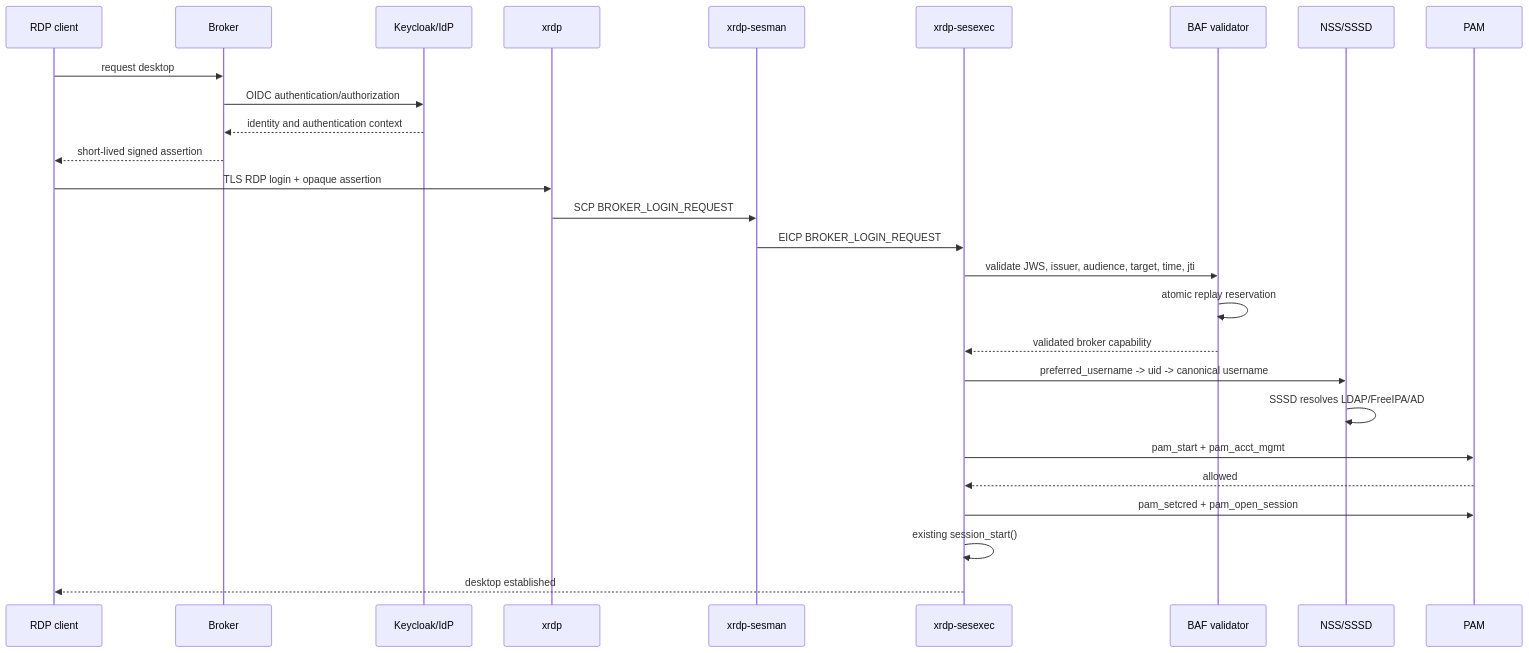
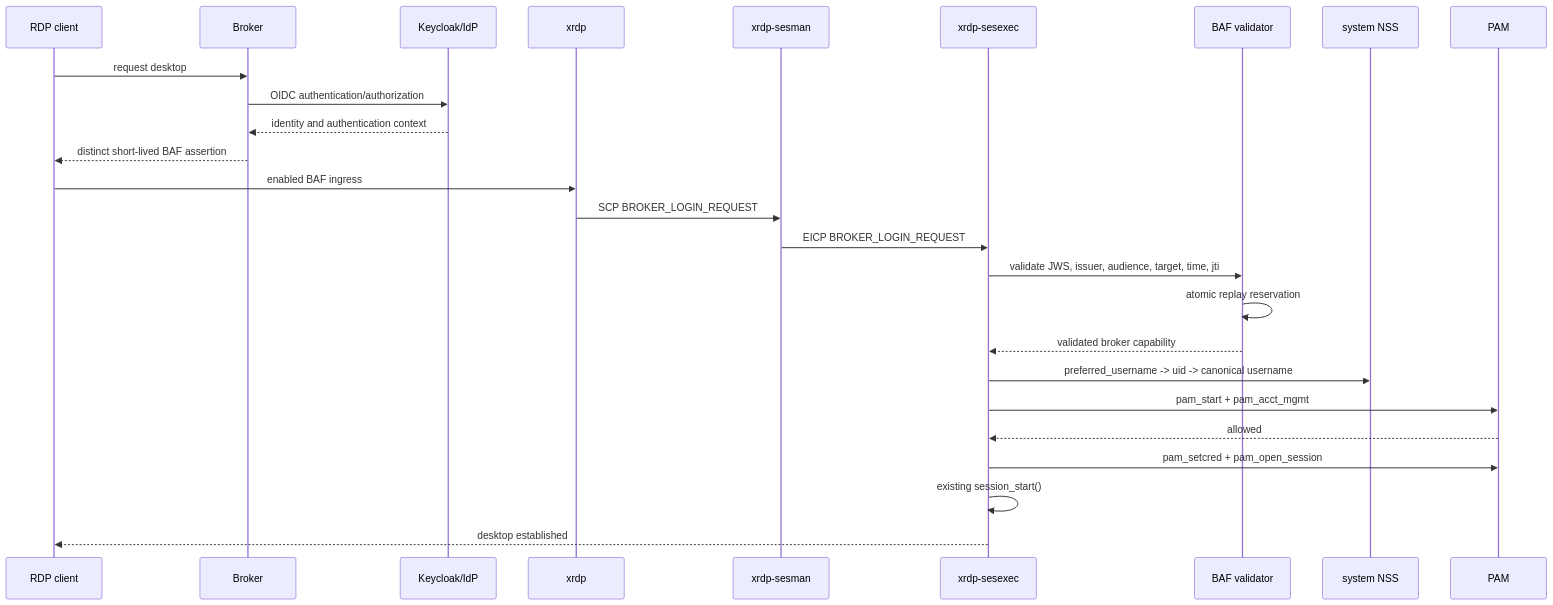
Before and after one commit to risi70/xrdp: the second of 3 diagrams in specification/01-system-architecture.md, drawn with Mermaid. The commit also changed other lines of this file and 63 other files, not shown here.

````diff
--- a/specification/01-system-architecture.md
+++ b/specification/01-system-architecture.md
@@ -102,30 +103,29 @@
 ```mermaid
 sequenceDiagram
   participant C as RDP client
   participant B as Broker
   participant I as Keycloak/IdP
   participant X as xrdp
   participant S as xrdp-sesman
   participant E as xrdp-sesexec
   participant V as BAF validator
-  participant N as NSS/SSSD
+  participant N as system NSS
   participant P as PAM
 
   C->>B: request desktop
   B->>I: OIDC authentication/authorization
   I-->>B: identity and authentication context
-  B-->>C: short-lived signed assertion
-  C->>X: TLS RDP login + opaque assertion
+  B-->>C: distinct short-lived BAF assertion
+  C->>X: enabled BAF ingress
   X->>S: SCP BROKER_LOGIN_REQUEST
   S->>E: EICP BROKER_LOGIN_REQUEST
   E->>V: validate JWS, issuer, audience, target, time, jti
   V->>V: atomic replay reservation
   V-->>E: validated broker capability
   E->>N: preferred_username -> uid -> canonical username
-  N->>N: SSSD resolves LDAP/FreeIPA/AD
   E->>P: pam_start + pam_acct_mgmt
   P-->>E: allowed
   E->>P: pam_setcred + pam_open_session
   E->>E: existing session_start()
   E-->>C: desktop established
 ```
````
